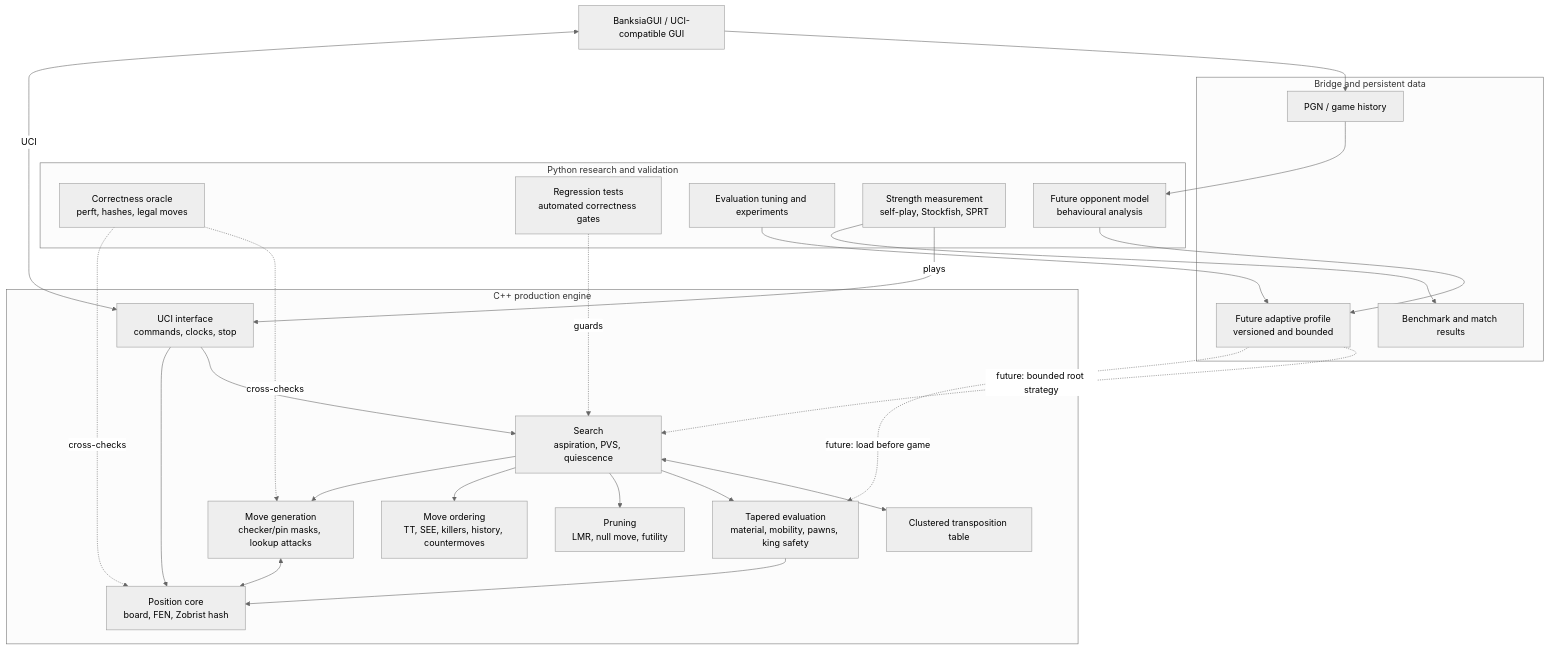
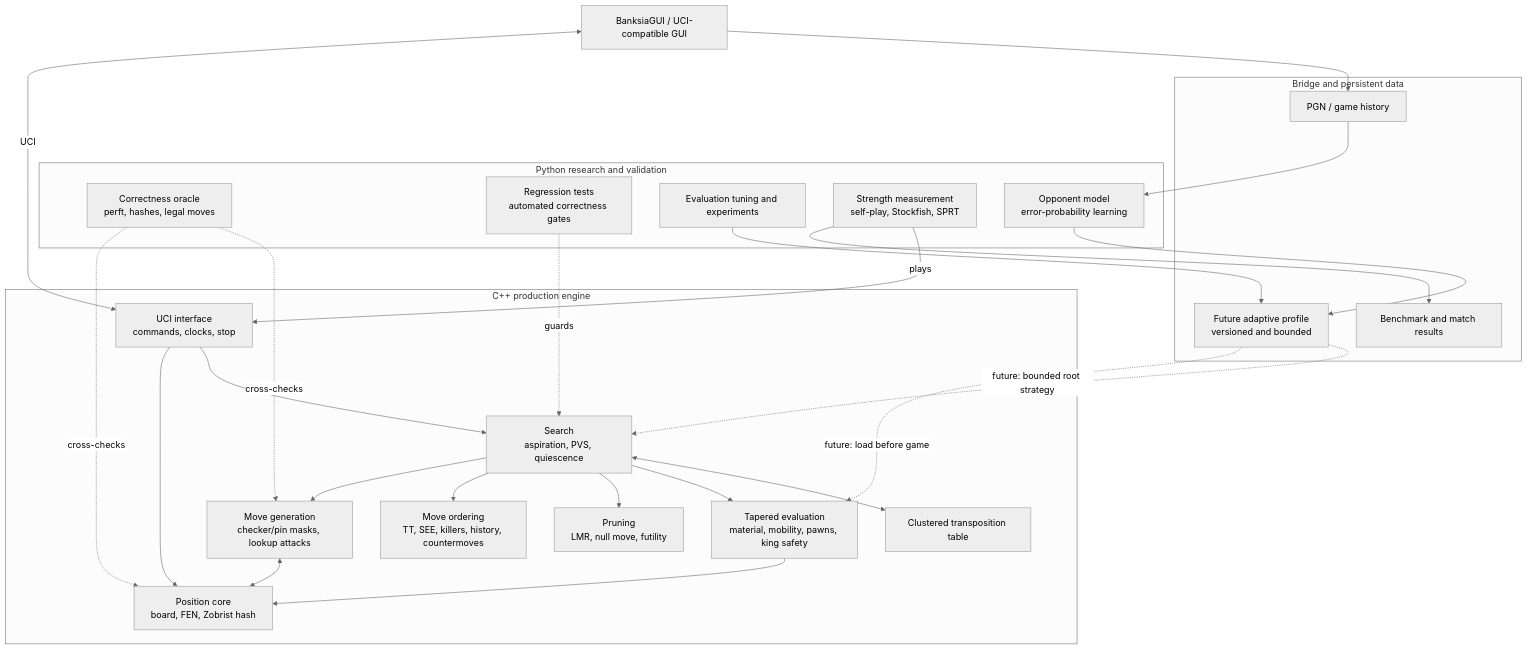
One commit to yashdutt505/AdaptiveChessEngine changed the first of 2 diagrams in docs/ARCHITECTURE.md. Above: the diagram before and after it, drawn with Mermaid (neutral theme). The commit also changed other lines of this file and 6 other files, not shown here.

````diff
--- a/docs/ARCHITECTURE.md
+++ b/docs/ARCHITECTURE.md
@@ -9,53 +9,53 @@
 ```mermaid
 flowchart TB
     GUI["BanksiaGUI / UCI-compatible GUI"]
 
     subgraph CPP["C++ production engine"]
         UCI["UCI interface<br/>commands, clocks, stop"]
         POS["Position core<br/>board, FEN, Zobrist hash"]
         MOVE["Move generation<br/>checker/pin masks, lookup attacks"]
         SEARCH["Search<br/>aspiration, PVS, quiescence"]
         ORDER["Move ordering<br/>TT, SEE, killers, history, countermoves"]
         PRUNE["Pruning<br/>LMR, null move, futility"]
         EVAL["Tapered evaluation<br/>material, mobility, pawns, king safety"]
         TT["Clustered transposition table"]
     end
 
     subgraph PY["Python research and validation"]
         ORACLE["Correctness oracle<br/>perft, hashes, legal moves"]
         TESTS["Regression tests<br/>automated correctness gates"]
         TUNING["Evaluation tuning and experiments"]
         MATCH["Strength measurement<br/>self-play, Stockfish, SPRT"]
-        MODEL["Future opponent model<br/>behavioural analysis"]
+        MODEL["Opponent model<br/>error-probability learning"]
     end
 
     subgraph DATA["Bridge and persistent data"]
         PROFILE["Future adaptive profile<br/>versioned and bounded"]
         GAMES["PGN / game history"]
         RESULTS["Benchmark and match results"]
     end
 
     GUI <-->|"UCI"| UCI
     UCI --> POS
     UCI --> SEARCH
     SEARCH --> MOVE
     SEARCH --> ORDER
     SEARCH --> PRUNE
     SEARCH --> EVAL
     SEARCH <--> TT
     MOVE <--> POS
     EVAL --> POS
 
     ORACLE -.->|"cross-checks"| POS
     ORACLE -.->|"cross-checks"| MOVE
     TESTS -.->|"guards"| SEARCH
     MATCH --> RESULTS
     MATCH -->|"plays"| UCI
 
     GUI --> GAMES
     GAMES --> MODEL
     MODEL --> PROFILE
     TUNING --> PROFILE
     PROFILE -.->|"future: load before game"| EVAL
     PROFILE -.->|"future: bounded root strategy"| SEARCH
 ```
````
